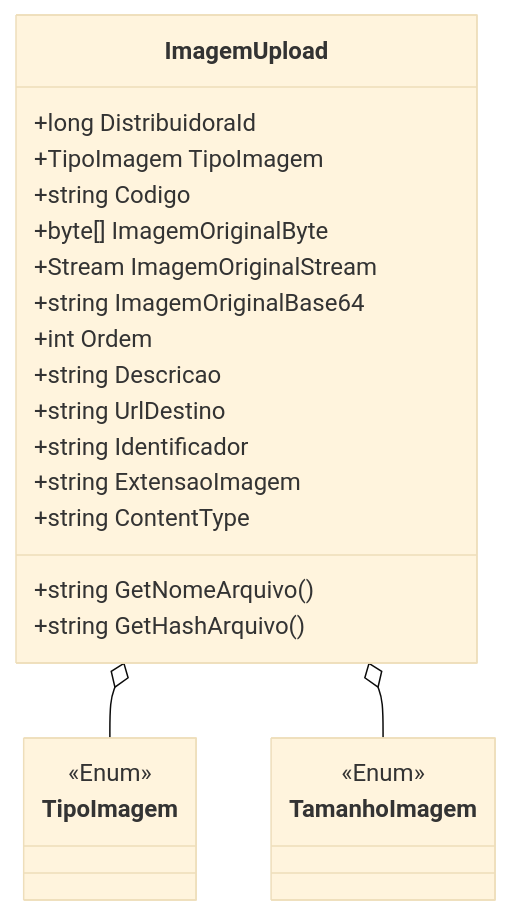
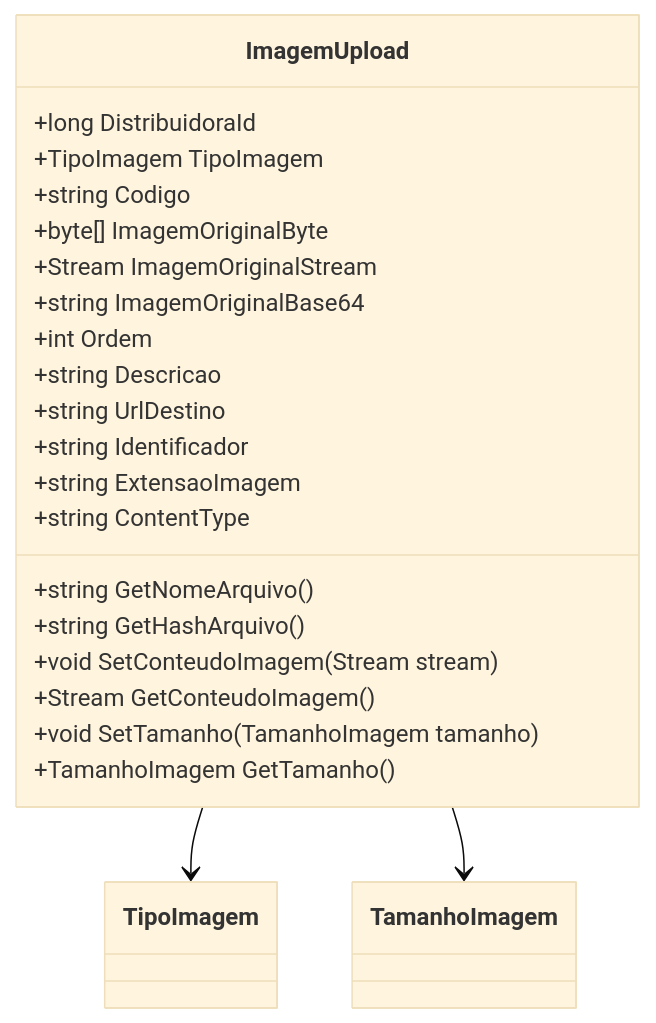
One commit to IsthmusSistemas/documentacao-tecnica changed the diagram in docs/b2b-dominio/IsthmusWinthor.Nucleo/IsthmusWinthor.Dominio/POCO/ImagemUpload.md. Above: the diagram before and after it, drawn with Mermaid (base theme). The commit also changed other lines of this file and 882 other files, not shown here.

````diff
--- a/docs/b2b-dominio/IsthmusWinthor.Nucleo/IsthmusWinthor.Dominio/POCO/ImagemUpload.md
+++ b/docs/b2b-dominio/IsthmusWinthor.Nucleo/IsthmusWinthor.Dominio/POCO/ImagemUpload.md
@@ -57,30 +64,28 @@
 ```mermaid
 classDiagram
     class ImagemUpload {
         +long DistribuidoraId
         +TipoImagem TipoImagem
         +string Codigo
         +byte[] ImagemOriginalByte
         +Stream ImagemOriginalStream
         +string ImagemOriginalBase64
         +int Ordem
         +string Descricao
         +string UrlDestino
         +string Identificador
         +string ExtensaoImagem
         +string ContentType
         +string GetNomeArquivo()
         +string GetHashArquivo()
+        +void SetConteudoImagem(Stream stream)
+        +Stream GetConteudoImagem()
+        +void SetTamanho(TamanhoImagem tamanho)
+        +TamanhoImagem GetTamanho()
     }
-    
-    class TipoImagem {
-        <<Enum>>
-    }
-    
-    class TamanhoImagem {
-        <<Enum>>
-    }
+    class TipoImagem
+    class TamanhoImagem
 
-    ImagemUpload o-- TipoImagem
-    ImagemUpload o-- TamanhoImagem
-``` 
+    ImagemUpload --> TipoImagem
+    ImagemUpload --> TamanhoImagem
+```
````
